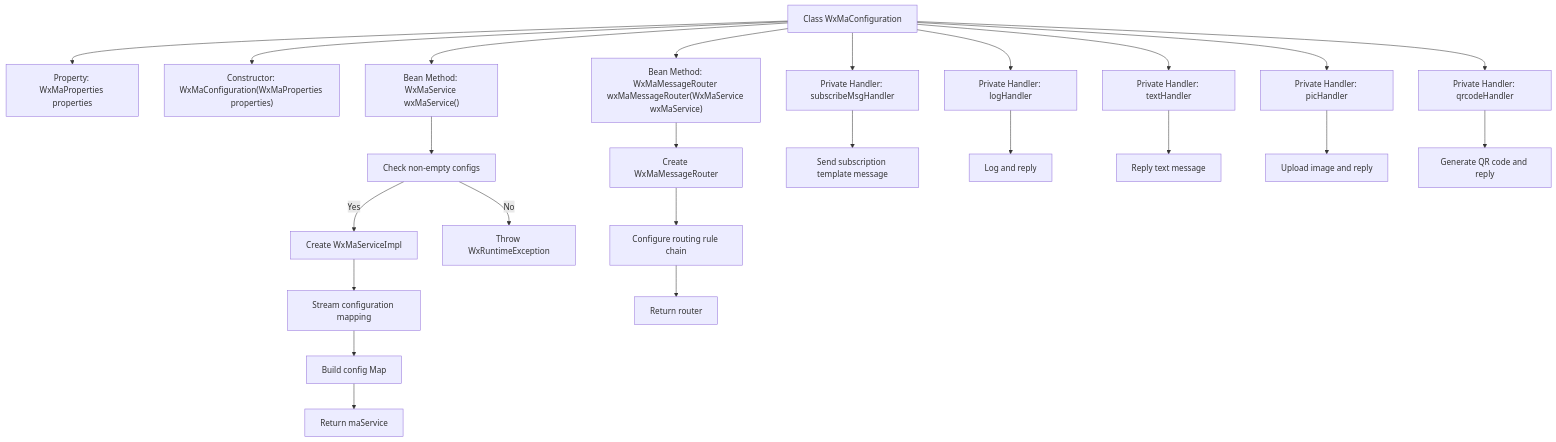
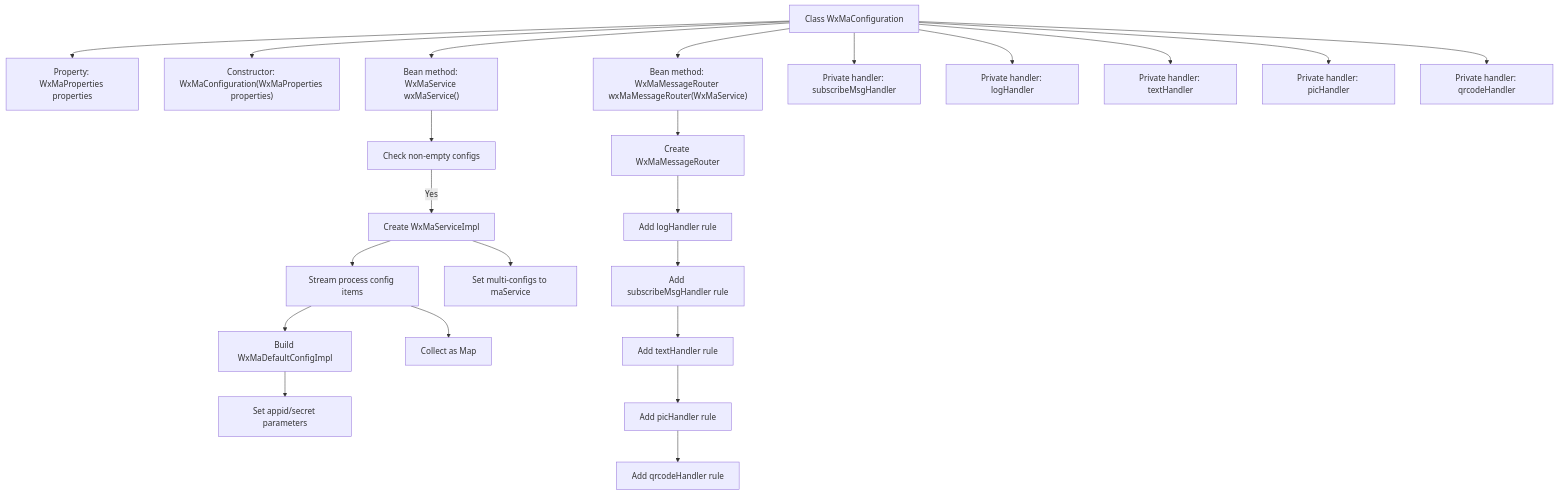
Before and after one commit to v-wjrong/rongwj666_weixin-java-miniapp-demo: the second of 3 diagrams in docs/en/docs/src/main/java/com/github/binarywang/demo/wx/miniapp/config/WxMaConfiguration.md, drawn with Mermaid. The commit also changed other lines of this file and 49 other files, not shown here.

````diff
--- a/docs/en/docs/src/main/java/com/github/binarywang/demo/wx/miniapp/config/WxMaConfiguration.md
+++ b/docs/en/docs/src/main/java/com/github/binarywang/demo/wx/miniapp/config/WxMaConfiguration.md
@@ -112,40 +111,38 @@
 ```mermaid
 graph TD
     A["Class WxMaConfiguration"]
     B["Property: WxMaProperties properties"]
     C["Constructor: WxMaConfiguration(WxMaProperties properties)"]
-    D["Bean Method: WxMaService wxMaService()"]
-    E["Bean Method: WxMaMessageRouter wxMaMessageRouter(WxMaService wxMaService)"]
-    F["Private Handler: subscribeMsgHandler"]
-    G["Private Handler: logHandler"]
-    H["Private Handler: textHandler"]
-    I["Private Handler: picHandler"]
-    J["Private Handler: qrcodeHandler"]
+    D["Bean method: WxMaService wxMaService()"]
+    E["Bean method: WxMaMessageRouter wxMaMessageRouter(WxMaService)"]
+    F["Private handler: subscribeMsgHandler"]
+    G["Private handler: logHandler"]
+    H["Private handler: textHandler"]
+    I["Private handler: picHandler"]
+    J["Private handler: qrcodeHandler"]
 
     A --> B
     A --> C
     A --> D
     A --> E
     A --> F
     A --> G
     A --> H
     A --> I
     A --> J
 
     D --> D1["Check non-empty configs"]
     D1 -->|Yes| D2["Create WxMaServiceImpl"]
-    D2 --> D3["Stream configuration mapping"]
-    D3 --> D4["Build config Map"]
-    D1 -->|No| D5["Throw WxRuntimeException"]
-    D4 --> D6["Return maService"]
+    D2 --> D3["Stream process config items"]
+    D3 --> D4["Build WxMaDefaultConfigImpl"]
+    D4 --> D5["Set appid/secret parameters"]
+    D3 --> D6["Collect as Map<appid,config>"]
+    D2 --> D7["Set multi-configs to maService"]
 
     E --> E1["Create WxMaMessageRouter"]
-    E1 --> E2["Configure routing rule chain"]
-    E2 --> E3["Return router"]
-
-    F --> F1["Send subscription template message"]
-    G --> G1["Log and reply"]
-    H --> H1["Reply text message"]
-    I --> I1["Upload image and reply"]
-    J --> J1["Generate QR code and reply"]
+    E1 --> E2["Add logHandler rule"]
+    E2 --> E3["Add subscribeMsgHandler rule"]
+    E3 --> E4["Add textHandler rule"]
+    E4 --> E5["Add picHandler rule"]
+    E5 --> E6["Add qrcodeHandler rule"]
 ```
````
